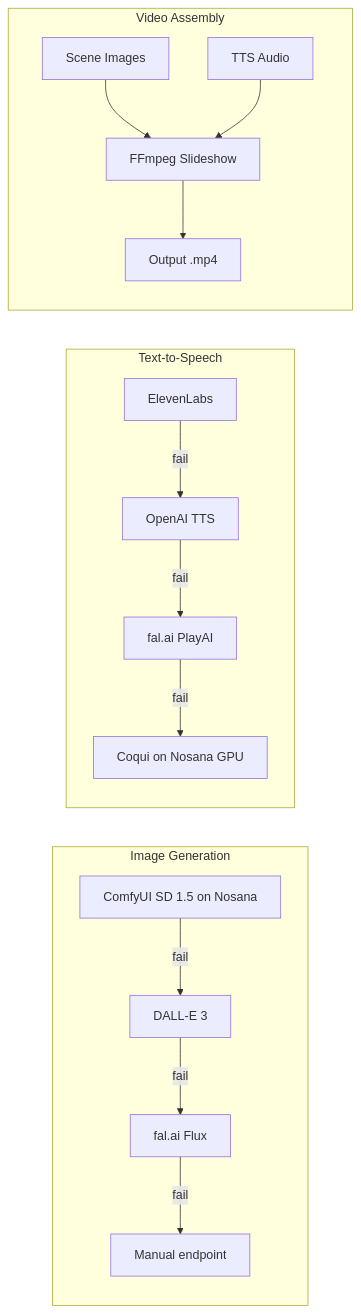
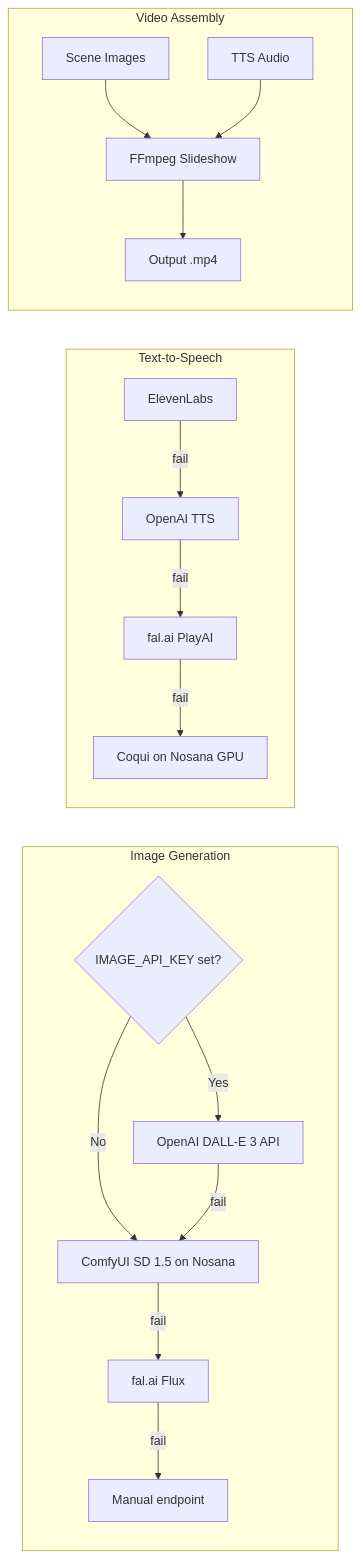
The fourth of 5 diagrams in README.md (Andy00L/agent-challenge-4), drawn with Mermaid before and after one commit. The commit also changed other lines of this file and 29 other files, not shown here.

````diff
--- a/README.md
+++ b/README.md
@@ -170,18 +172,21 @@
 ```mermaid
 flowchart LR
     subgraph Image Generation
-        I1[ComfyUI SD 1.5 on Nosana] -->|fail| I2[DALL-E 3]
+        I0{IMAGE_API_KEY set?}
+        I0 -->|Yes| I1[OpenAI DALL-E 3 API]
+        I0 -->|No| I2[ComfyUI SD 1.5 on Nosana]
+        I1 -->|fail| I2
         I2 -->|fail| I3[fal.ai Flux]
         I3 -->|fail| I4[Manual endpoint]
     end
     subgraph Text-to-Speech
         T1[ElevenLabs] -->|fail| T2[OpenAI TTS]
         T2 -->|fail| T3[fal.ai PlayAI]
         T3 -->|fail| T4[Coqui on Nosana GPU]
     end
     subgraph Video Assembly
         Scenes[Scene Images] --> FFmpeg[FFmpeg Slideshow]
         Audio[TTS Audio] --> FFmpeg
         FFmpeg --> MP4[Output .mp4]
     end
 ```
````
